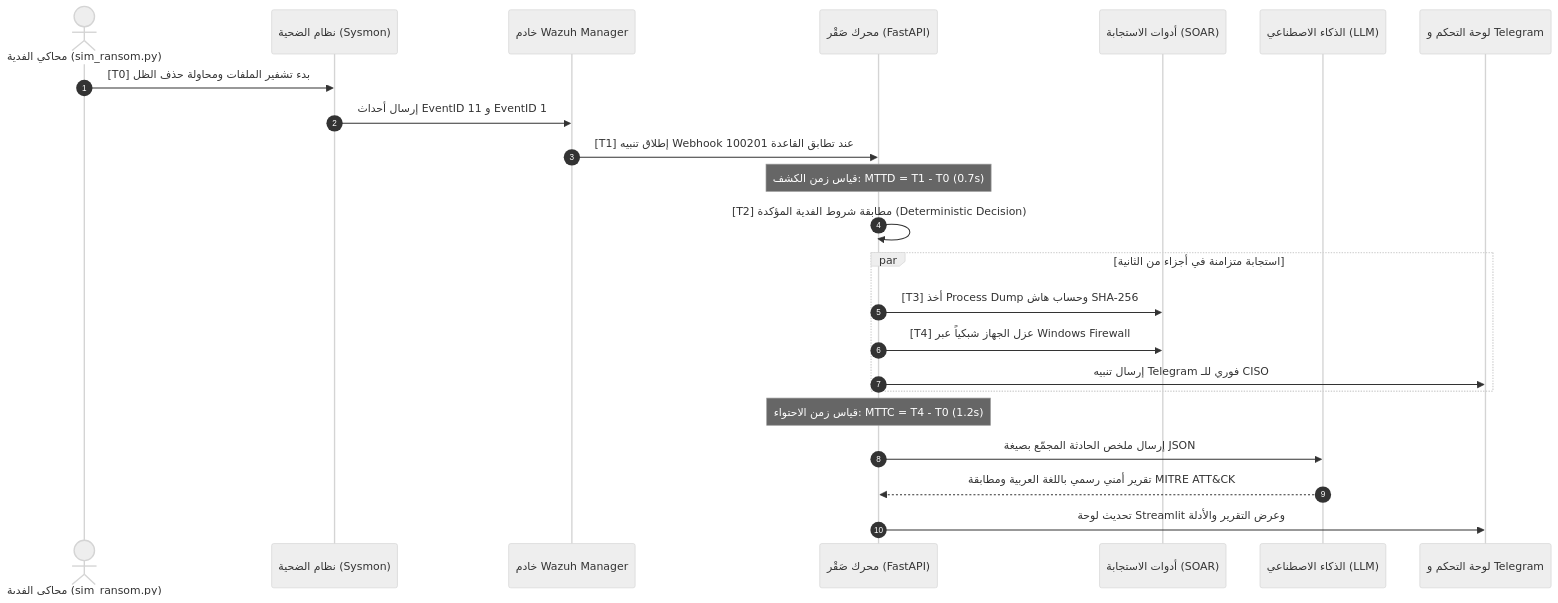
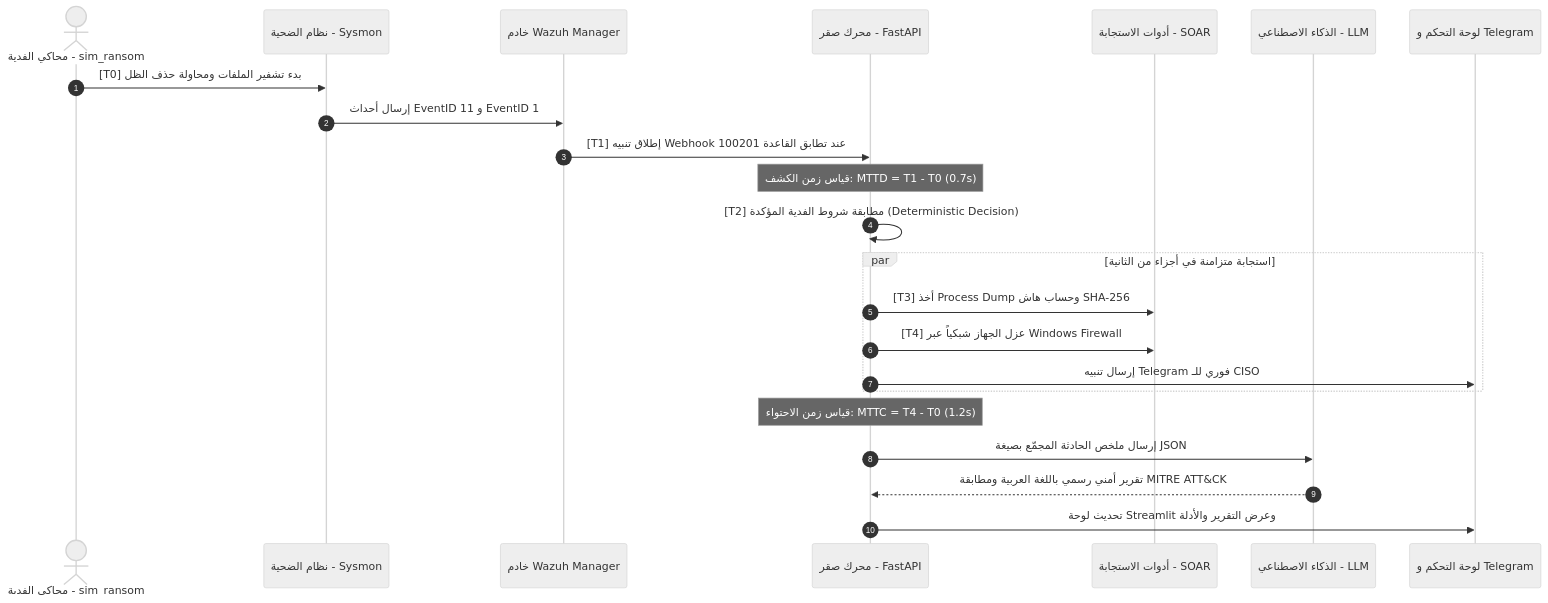
The second of 2 diagrams in README.md (omar123JR/SAQR), drawn with Mermaid (neutral theme) before and after one commit. The commit also changed other lines of this file, not shown here.

Commit message:
fix(docs): resolve Mermaid flowchart and sequence diagram syntax for GitHub rendering

````diff
--- a/README.md
+++ b/README.md
@@ -144,26 +145,26 @@
 ```mermaid
 sequenceDiagram
     autonumber
-    actor Attacker as محاكي الفدية (sim_ransom.py)
-    participant Victim as نظام الضحية (Sysmon)
+    actor Attacker as محاكي الفدية - sim_ransom
+    participant Victim as نظام الضحية - Sysmon
     participant Wazuh as خادم Wazuh Manager
-    participant Engine as محرك صَقْر (FastAPI)
-    participant Actions as أدوات الاستجابة (SOAR)
-    participant AI as الذكاء الاصطناعي (LLM)
+    participant Engine as محرك صقر - FastAPI
+    participant Actions as أدوات الاستجابة - SOAR
+    participant AI as الذكاء الاصطناعي - LLM
     participant SOC as لوحة التحكم و Telegram
 
     Attacker->>Victim: [T0] بدء تشفير الملفات ومحاولة حذف الظل
     Victim->>Wazuh: إرسال أحداث EventID 11 و EventID 1
     Wazuh->>Engine: [T1] إطلاق تنبيه Webhook عند تطابق القاعدة 100201
     Note over Engine: قياس زمن الكشف: MTTD = T1 - T0 (0.7s)
     Engine->>Engine: [T2] مطابقة شروط الفدية المؤكدة (Deterministic Decision)
     par استجابة متزامنة في أجزاء من الثانية
         Engine->>Actions: [T3] أخذ Process Dump وحساب هاش SHA-256
         Engine->>Actions: [T4] عزل الجهاز شبكياً عبر Windows Firewall
         Engine->>SOC: إرسال تنبيه Telegram فوري للـ CISO
     end
     Note over Engine: قياس زمن الاحتواء: MTTC = T4 - T0 (1.2s)
     Engine->>AI: إرسال ملخص الحادثة المجمّع بصيغة JSON
     AI-->>Engine: تقرير أمني رسمي باللغة العربية ومطابقة MITRE ATT&CK
     Engine->>SOC: تحديث لوحة Streamlit وعرض التقرير والأدلة
 ```
````
